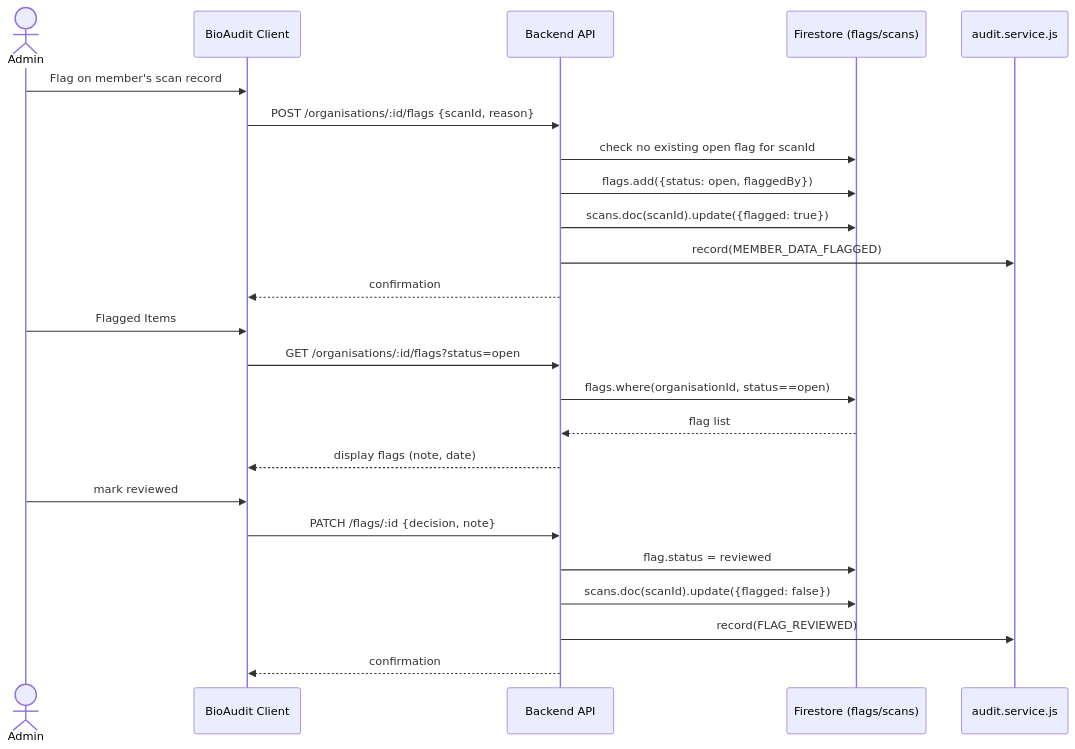
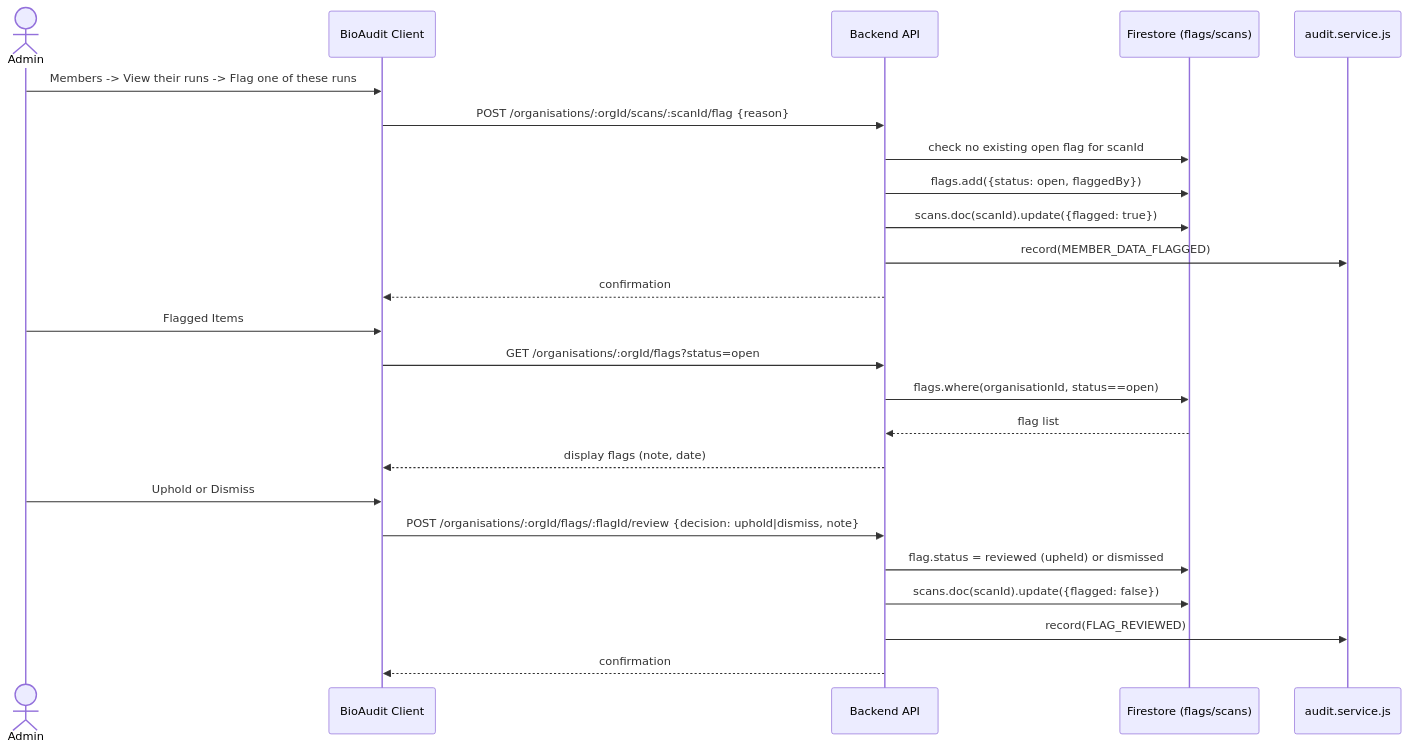
One commit to FYP-UOW-2026/Final_Year_Project changed the tenth of 10 diagrams in backend/docs/TDM-technical-design-manual.md. Above: the diagram before and after it, drawn with Mermaid. The commit also changed other lines of this file and 9 other files, not shown here.

````diff
--- a/backend/docs/TDM-technical-design-manual.md
+++ b/backend/docs/TDM-technical-design-manual.md
@@ -388,28 +413,28 @@
 ```mermaid
 sequenceDiagram
     actor A as Admin
     participant GUI as BioAudit Client
     participant API as Backend API
     participant FS as Firestore (flags/scans)
     participant AUD as audit.service.js
 
-    A->>GUI: Flag on member's scan record
-    GUI->>API: POST /organisations/:id/flags {scanId, reason}
+    A->>GUI: Members -> View their runs -> Flag one of these runs
+    GUI->>API: POST /organisations/:orgId/scans/:scanId/flag {reason}
     API->>FS: check no existing open flag for scanId
     API->>FS: flags.add({status: open, flaggedBy})
     API->>FS: scans.doc(scanId).update({flagged: true})
     API->>AUD: record(MEMBER_DATA_FLAGGED)
     API-->>GUI: confirmation
 
     A->>GUI: Flagged Items
-    GUI->>API: GET /organisations/:id/flags?status=open
+    GUI->>API: GET /organisations/:orgId/flags?status=open
     API->>FS: flags.where(organisationId, status==open)
     FS-->>API: flag list
     API-->>GUI: display flags (note, date)
-    A->>GUI: mark reviewed
-    GUI->>API: PATCH /flags/:id {decision, note}
-    API->>FS: flag.status = reviewed
+    A->>GUI: Uphold or Dismiss
+    GUI->>API: POST /organisations/:orgId/flags/:flagId/review {decision: uphold|dismiss, note}
+    API->>FS: flag.status = reviewed (upheld) or dismissed
     API->>FS: scans.doc(scanId).update({flagged: false})
     API->>AUD: record(FLAG_REVIEWED)
     API-->>GUI: confirmation
 ```
````
